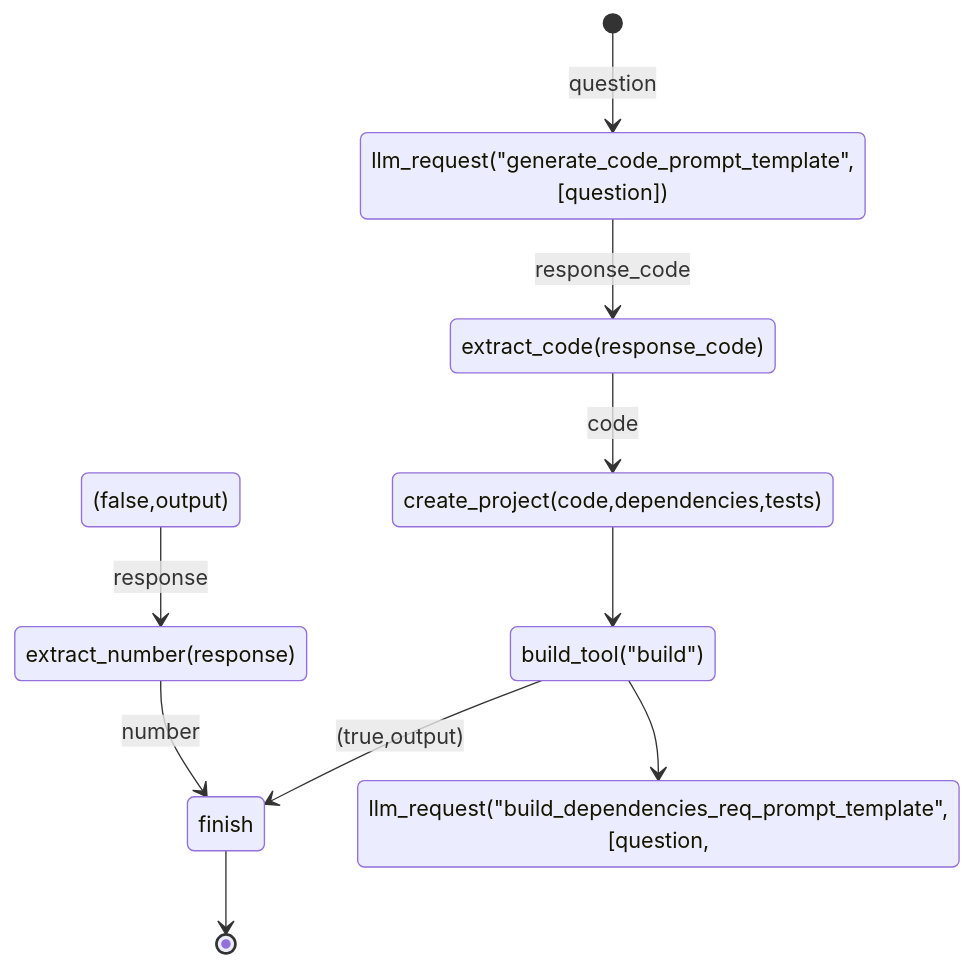
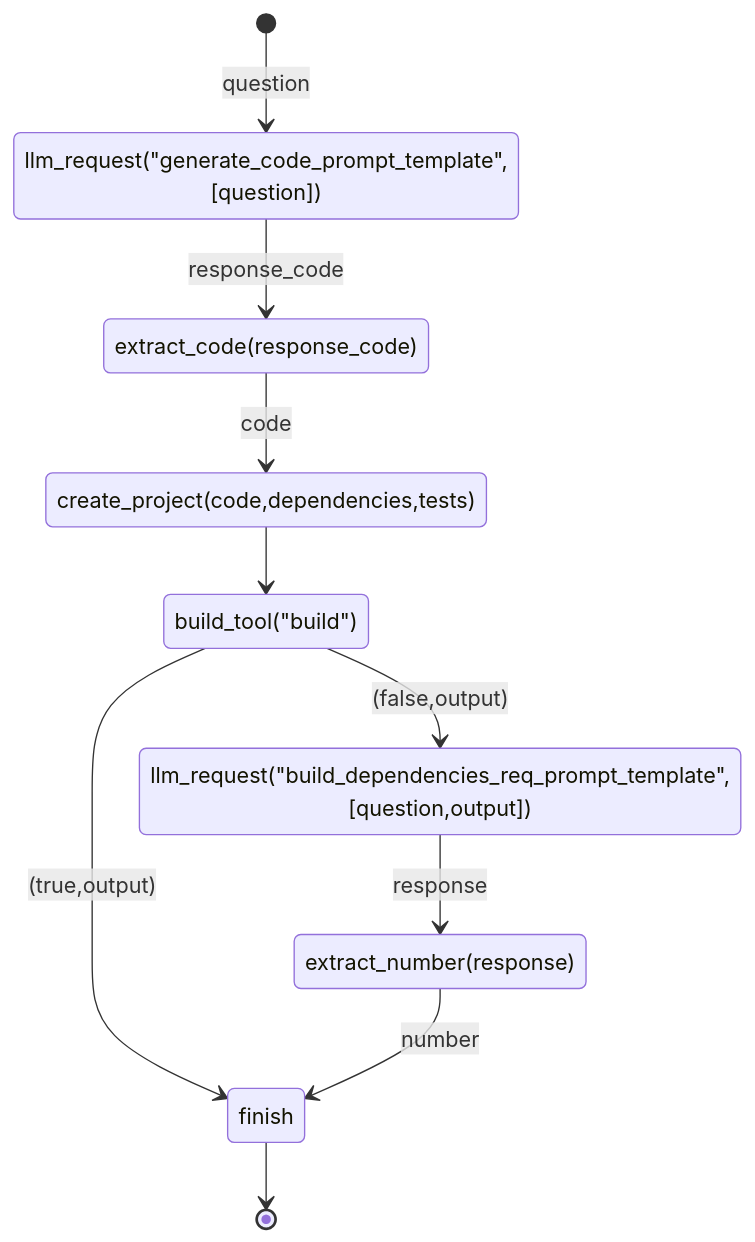
The diagram in state.md (rizgan/LLM-Logic-Exec-Verify), drawn with Mermaid before and after one commit.

````diff
--- a/state.md
+++ b/state.md
@@ -20,12 +20,12 @@
 ```mermaid
 stateDiagram
 [*] --> llm_request("generate_code_prompt_template",[question]) : question
 llm_request("generate_code_prompt_template",[question]) --> extract_code(response_code) : response_code
 extract_code(response_code) --> create_project(code,dependencies,tests) : code
 create_project(code,dependencies,tests) --> build_tool("build")
 build_tool("build") --> finish : (true,output) 
-build_tool("build") --> llm_request("build_dependencies_req_prompt_template",[question, output]) : (false,output) 
-llm_request("build_dependencies_req_prompt_template",[question, output])  --> extract_number(response) : response
+build_tool("build") --> llm_request("build_dependencies_req_prompt_template",[question,output]) : (false,output) 
+llm_request("build_dependencies_req_prompt_template",[question,output])  --> extract_number(response) : response
 extract_number(response) --> finish : number
 finish --> [*]
 ```
````
